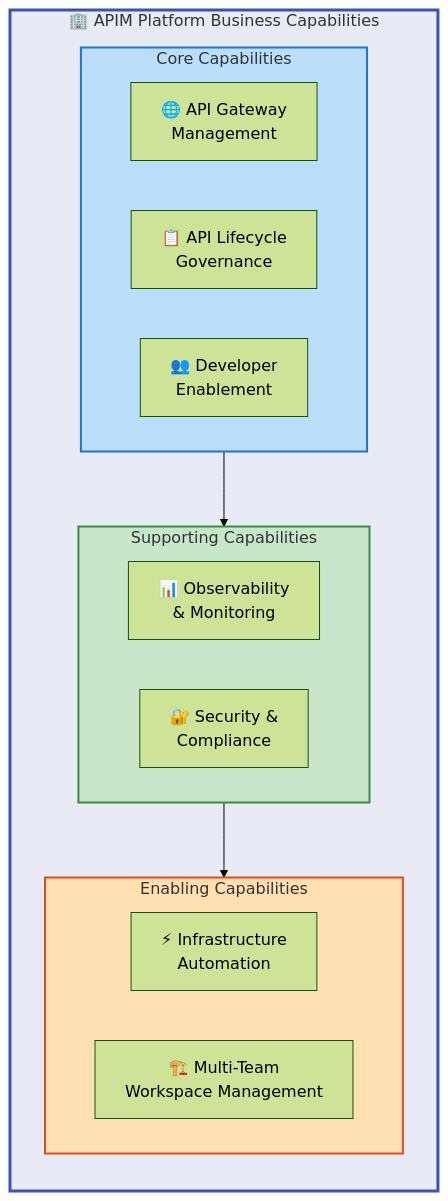
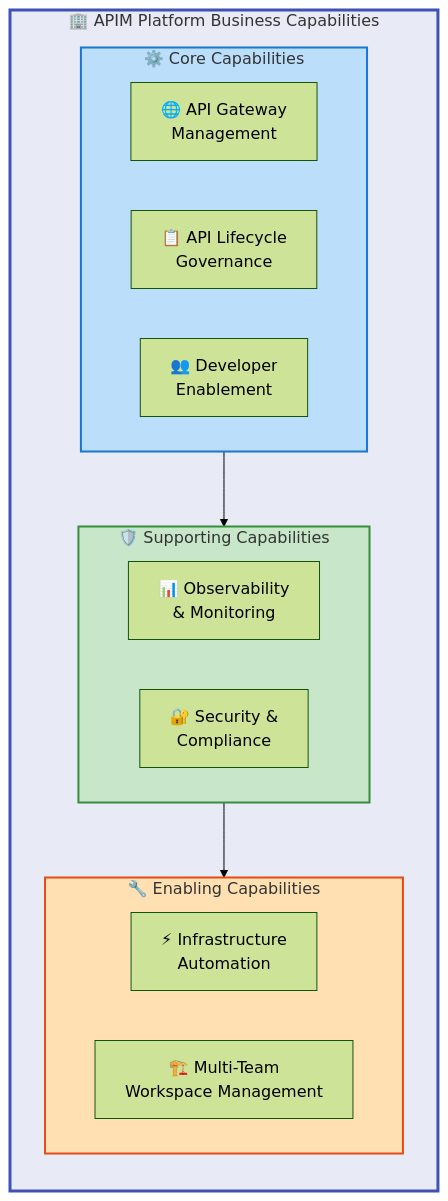
One commit to Evilazaro/APIM-Accelerator changed the second of 10 diagrams in docs/architecture/Business_Architecture_Document.md. Above: the diagram before and after it, drawn with Mermaid (forest theme). The commit also changed other lines of this file and 1 other file, not shown here.

Commit message:
Enhance Data Architecture Document with improved flowcharts and semantic icons for better clarity and visual appeal

````diff
--- a/docs/architecture/Business_Architecture_Document.md
+++ b/docs/architecture/Business_Architecture_Document.md
@@ -97,34 +100,38 @@
 ```mermaid
 %%{init: {"flowchart": {"htmlLabels": false}} }%%
+%% ============================================
+%% COLOR SCHEME: Hierarchical (platform) + Semantic (layers)
+%% Level 1: #E8EAF6 | Core=#BBDEFB | Support=#C8E6C9 | Enable=#FFE0B2
+%% ============================================
 flowchart TB
     subgraph platform["🏢 APIM Platform Business Capabilities"]
         direction TB
 
-        subgraph core_cap["Core Capabilities"]
+        subgraph core_cap["⚙️ Core Capabilities"]
             direction LR
             BC1["🌐 API Gateway<br/>Management"]
             BC2["📋 API Lifecycle<br/>Governance"]
             BC3["👥 Developer<br/>Enablement"]
         end
 
-        subgraph support_cap["Supporting Capabilities"]
+        subgraph support_cap["🛡️ Supporting Capabilities"]
             direction LR
             BC4["📊 Observability<br/>& Monitoring"]
             BC5["🔐 Security &<br/>Compliance"]
         end
 
-        subgraph enabling_cap["Enabling Capabilities"]
+        subgraph enabling_cap["🔧 Enabling Capabilities"]
             direction LR
             BC6["⚡ Infrastructure<br/>Automation"]
             BC7["🏗️ Multi-Team<br/>Workspace Management"]
         end
     end
 
     core_cap --> support_cap
     support_cap --> enabling_cap
 
     style platform fill:#E8EAF6,stroke:#3F51B5,stroke-width:3px
     style core_cap fill:#BBDEFB,stroke:#1976D2,stroke-width:2px
     style support_cap fill:#C8E6C9,stroke:#388E3C,stroke-width:2px
     style enabling_cap fill:#FFE0B2,stroke:#E64A19,stroke-width:2px
 ```
````
